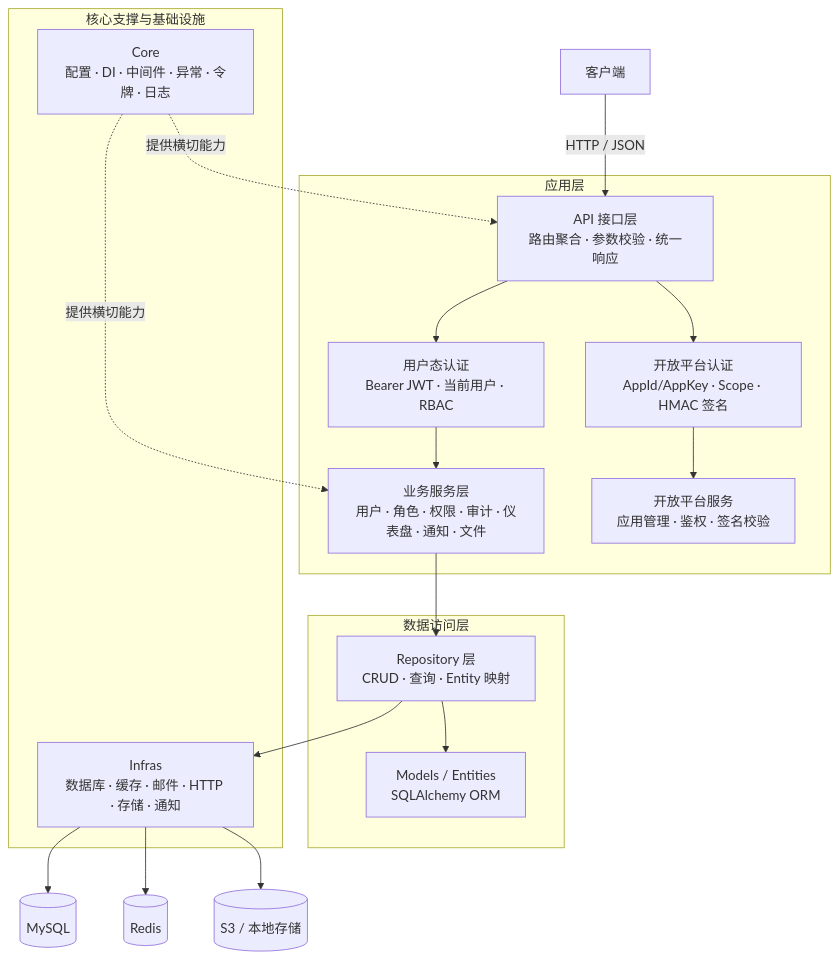
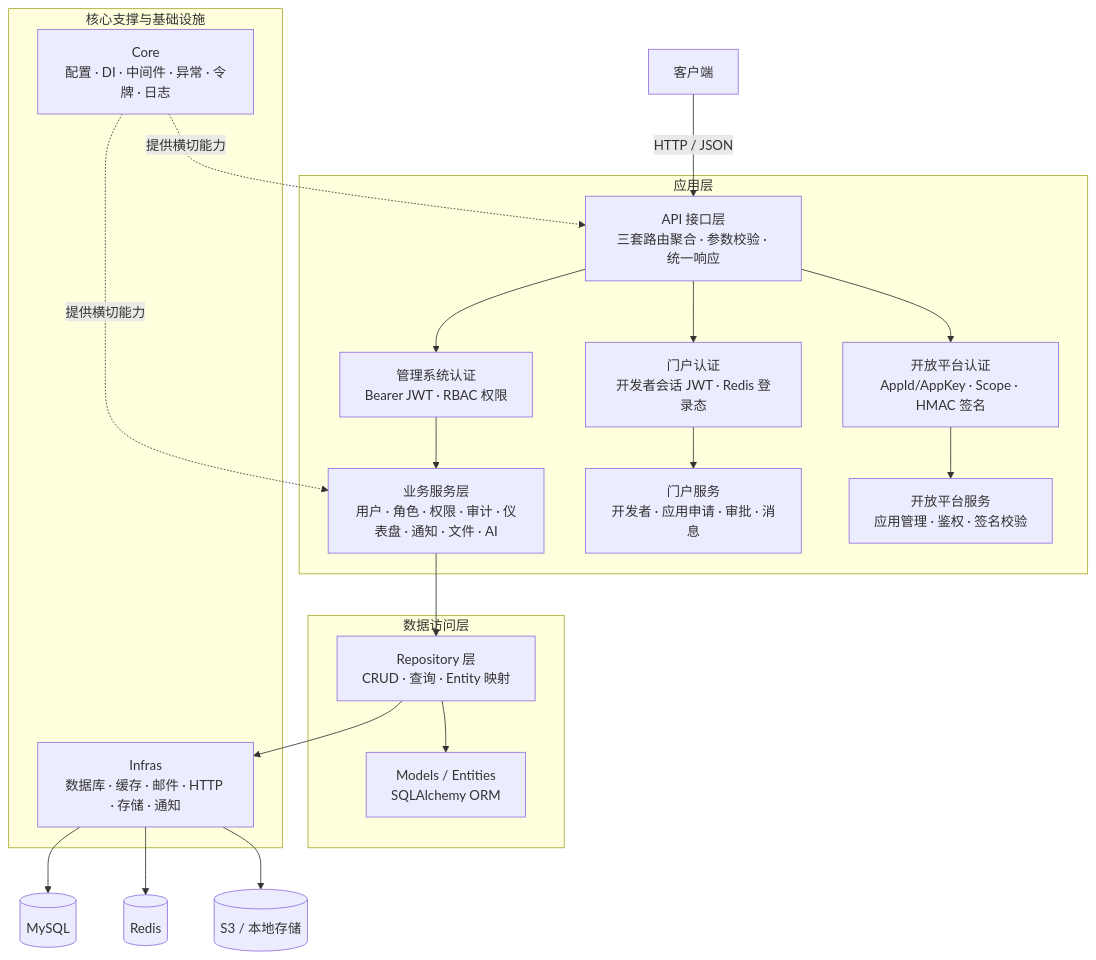
One commit to cross-lang/x-HanJiang changed the first of 7 diagrams in server/README.md. Above: the diagram before and after it, drawn with Mermaid. The commit also changed other lines of this file and 106 other files, not shown here.

````diff
--- a/server/README.md
+++ b/server/README.md
@@ -317,28 +320,30 @@
 ```mermaid
 flowchart TB
-  Client[客户端] -->|HTTP / JSON| API[API 接口层<br/>路由聚合 · 参数校验 · 统一响应]
+  Client[客户端] -->|HTTP / JSON| API[API 接口层<br/>三套路由聚合 · 参数校验 · 统一响应]
 
   subgraph Application[应用层]
-    API --> Auth[用户态认证<br/>Bearer JWT · 当前用户 · RBAC]
+    API --> Auth[管理系统认证<br/>Bearer JWT · RBAC 权限]
+    API --> PortalAuth[门户认证<br/>开发者会话 JWT · Redis 登录态]
     API --> OpenAuth[开放平台认证<br/>AppId/AppKey · Scope · HMAC 签名]
-    Auth --> Service[业务服务层<br/>用户 · 角色 · 权限 · 审计 · 仪表盘 · 通知 · 文件]
+    Auth --> Service[业务服务层<br/>用户 · 角色 · 权限 · 审计 · 仪表盘 · 通知 · 文件 · AI]
+    PortalAuth --> PortalService[门户服务<br/>开发者 · 应用申请 · 审批 · 消息]
     OpenAuth --> OpenService[开放平台服务<br/>应用管理 · 鉴权 · 签名校验]
   end
 
   subgraph Data[数据访问层]
     Service --> Repository[Repository 层<br/>CRUD · 查询 · Entity 映射]
     Repository --> Entity[Models / Entities<br/>SQLAlchemy ORM]
   end
 
   subgraph Support[核心支撑与基础设施]
     Core[Core<br/>配置 · DI · 中间件 · 异常 · 令牌 · 日志]
     Infra[Infras<br/>数据库 · 缓存 · 邮件 · HTTP · 存储 · 通知]
   end
 
   Core -.提供横切能力.-> API
   Core -.提供横切能力.-> Service
   Repository --> Infra
   Infra --> DB[(MySQL)]
   Infra --> Redis[(Redis)]
   Infra --> OSS[(S3 / 本地存储)]
 ```
````
